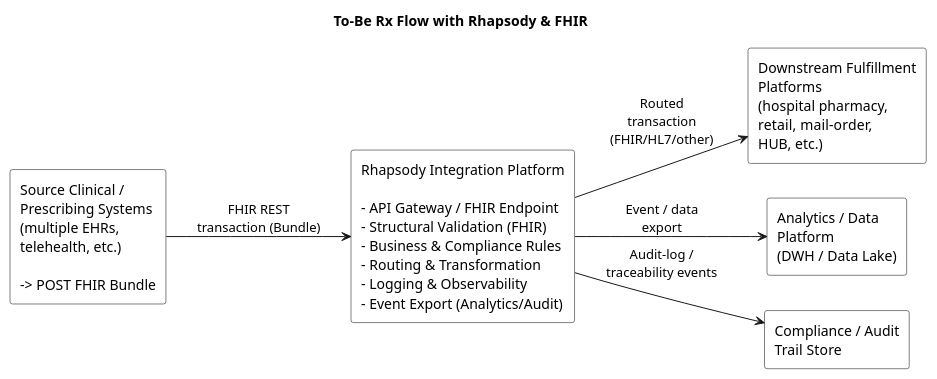
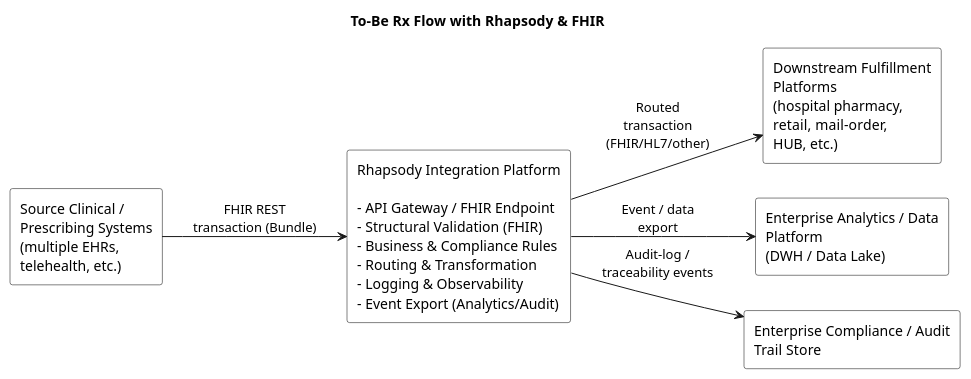
The diagram in diagrams/to-be-rx-flow-rhapsody-fhir.puml (ManuelVeMe/rx-interoperability-star), drawn with PlantUML before and after one commit.

Commit message:
Update diagram labels for clarity and accuracy

```diff
--- a/diagrams/to-be-rx-flow-rhapsody-fhir.puml
+++ b/diagrams/to-be-rx-flow-rhapsody-fhir.puml
@@ -1,25 +1,25 @@
 @startuml ToBePrescriptionFlow
 title To-Be Rx Flow with Rhapsody & FHIR
 
 skinparam rectangle {
   BackgroundColor White
   BorderColor Black
 }
 
 left to right direction
 
-rectangle "Source Clinical /\nPrescribing Systems\n(multiple EHRs,\ntelehealth, etc.)\n\n-> POST FHIR Bundle" as Source
+rectangle "Source Clinical /\nPrescribing Systems\n(multiple EHRs,\ntelehealth, etc.)" as Source
 
 rectangle "Rhapsody Integration Platform\n\n- API Gateway / FHIR Endpoint\n- Structural Validation (FHIR)\n- Business & Compliance Rules\n- Routing & Transformation\n- Logging & Observability\n- Event Export (Analytics/Audit)" as Rhapsody
 
 rectangle "Downstream Fulfillment\nPlatforms\n(hospital pharmacy,\nretail, mail-order,\nHUB, etc.)" as Targets
 
-rectangle "Analytics / Data\nPlatform\n(DWH / Data Lake)" as AnalyticsStore
-rectangle "Compliance / Audit\nTrail Store" as AuditStore
+rectangle "Enterprise Analytics / Data\nPlatform\n(DWH / Data Lake)" as AnalyticsStore
+rectangle "Enterprise Compliance / Audit\nTrail Store" as AuditStore
 
 Source --> Rhapsody : FHIR REST\ntransaction (Bundle)
 Rhapsody --> Targets : Routed\ntransaction\n(FHIR/HL7/other)
 Rhapsody --> AnalyticsStore : Event / data\nexport
 Rhapsody --> AuditStore : Audit-log /\ntraceability events
 
 @enduml
```
